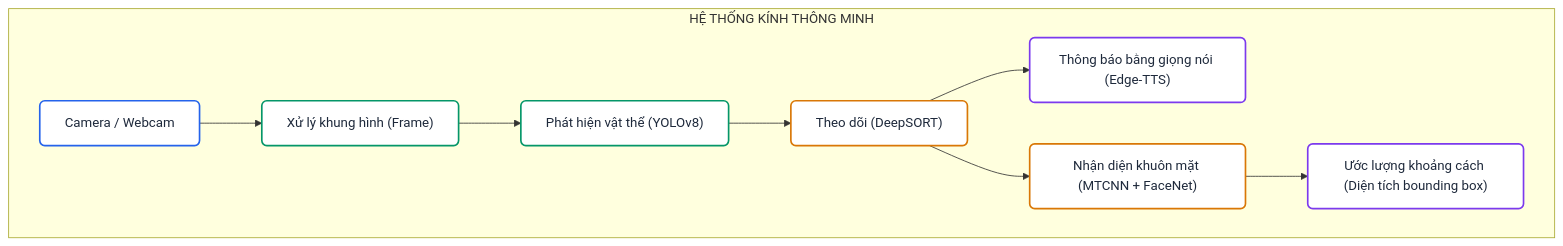
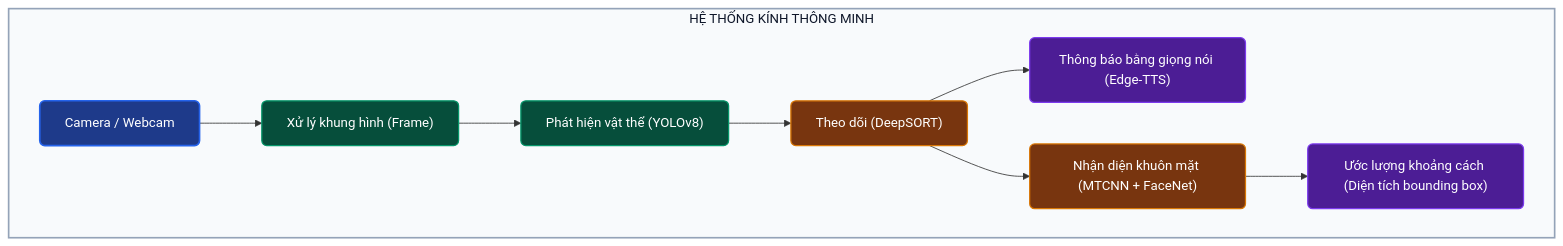
Before and after one commit to NagnQyhn217/thigiacmaytinhAnh: the diagram in code01.md, drawn with Mermaid.

Commit message:
Refactor Mermaid diagram styles in code01.md
Updated styling for various classes in the Mermaid diagram.

````diff
--- a/code01.md
+++ b/code01.md
@@ -1,22 +1,24 @@
 ```mermaid
 graph TD
-    classDef mainApp stroke:#2563eb,stroke-width:2px,fill:#ffffff,color:#1e293b,rx:6px,ry:6px;
-    classDef module stroke:#059669,stroke-width:2px,fill:#ffffff,color:#1e293b,rx:6px,ry:6px;
-    classDef subModule stroke:#d97706,stroke-width:2px,fill:#ffffff,color:#1e293b,rx:6px,ry:6px;
-    classDef output stroke:#7c3aed,stroke-width:2px,fill:#ffffff,color:#1e293b,rx:6px,ry:6px;
+    style SYSTEM fill:#f8fafc,stroke:#94a3b8,stroke-width:2px,color:#0f172a
+
+    classDef mainApp stroke:#2563eb,stroke-width:2px,fill:#1e3a8a,color:#ffffff,rx:6px,ry:6px;
+    classDef module stroke:#059669,stroke-width:1.5px,fill:#064e3b,color:#ffffff,rx:6px,ry:6px;
+    classDef subModule stroke:#d97706,stroke-width:1.5px,fill:#78350f,color:#ffffff,rx:6px,ry:6px;
+    classDef output stroke:#7c3aed,stroke-width:1.5px,fill:#4c1d95,color:#ffffff,rx:6px,ry:6px;
 
     subgraph SYSTEM ["HỆ THỐNG KÍNH THÔNG MINH"]
         A["Camera / Webcam"] --> B["Xử lý khung hình (Frame)"]
         B --> C["Phát hiện vật thể (YOLOv8)"]
         C --> D["Theo dõi (DeepSORT)"]
         
         D --> E["Thông báo bằng giọng nói (Edge-TTS)"]
         D --> F["Nhận diện khuôn mặt (MTCNN + FaceNet)"]
         F --> G["Ước lượng khoảng cách (Diện tích bounding box)"]
     end
 
     class A mainApp;
     class B,C module;
     class D,F subModule;
     class E,G output;
 ```
````
